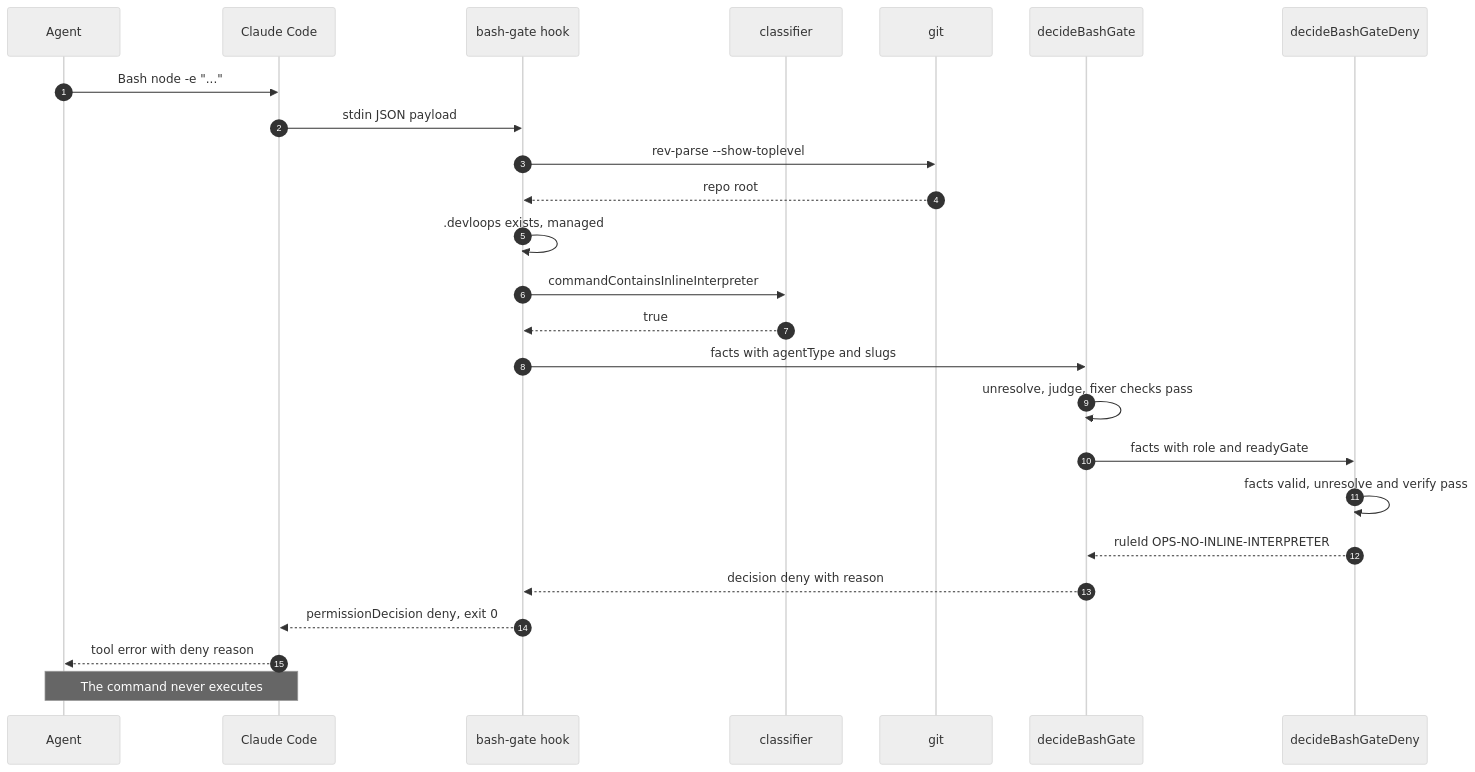
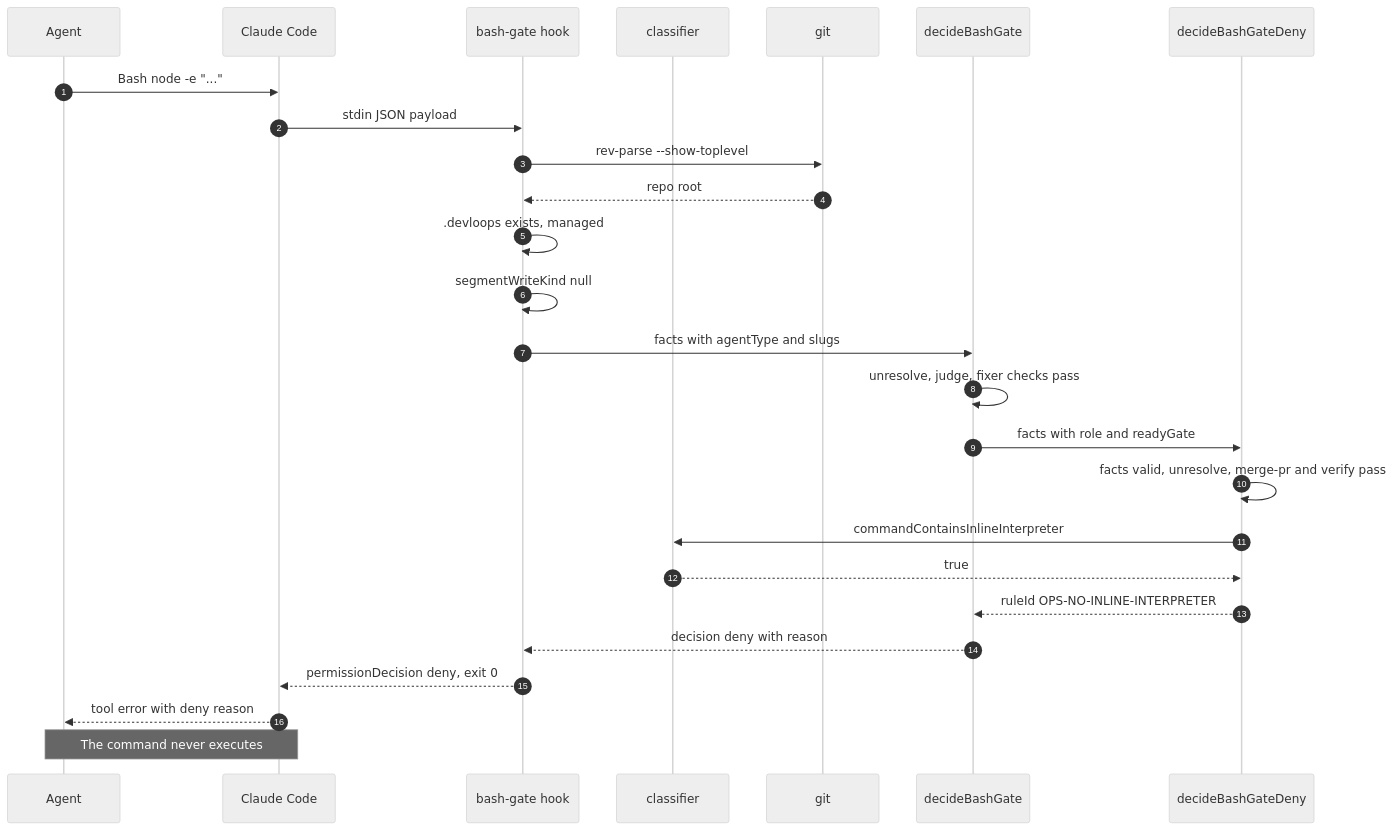
Before and after one commit to mfittko/dev-loops: the fourth of 16 diagrams in docs/atlas/09-hooks-and-guards.md, drawn with Mermaid (neutral theme). The commit also changed other lines of this file, not shown here.

````diff
--- a/docs/atlas/09-hooks-and-guards.md
+++ b/docs/atlas/09-hooks-and-guards.md
@@ -136,27 +150,28 @@
 ```mermaid
 sequenceDiagram
   autonumber
   participant A as Agent
   participant CC as Claude Code
   participant H as bash-gate hook
   participant C as classifier
   participant G as git
   participant S as decideBashGate
   participant D as decideBashGateDeny
   A->>CC: Bash node -e "..."
   CC->>H: stdin JSON payload
   H->>G: rev-parse --show-toplevel
   G-->>H: repo root
   H->>H: .devloops exists, managed
-  H->>C: commandContainsInlineInterpreter
-  C-->>H: true
+  H->>H: segmentWriteKind null
   H->>S: facts with agentType and slugs
   S->>S: unresolve, judge, fixer checks pass
   S->>D: facts with role and readyGate
-  D->>D: facts valid, unresolve and verify pass
+  D->>D: facts valid, unresolve, merge-pr and verify pass
+  D->>C: commandContainsInlineInterpreter
+  C-->>D: true
   D-->>S: ruleId OPS-NO-INLINE-INTERPRETER
   S-->>H: decision deny with reason
   H-->>CC: permissionDecision deny, exit 0
   CC-->>A: tool error with deny reason
   Note over A,CC: The command never executes
 ```
````
